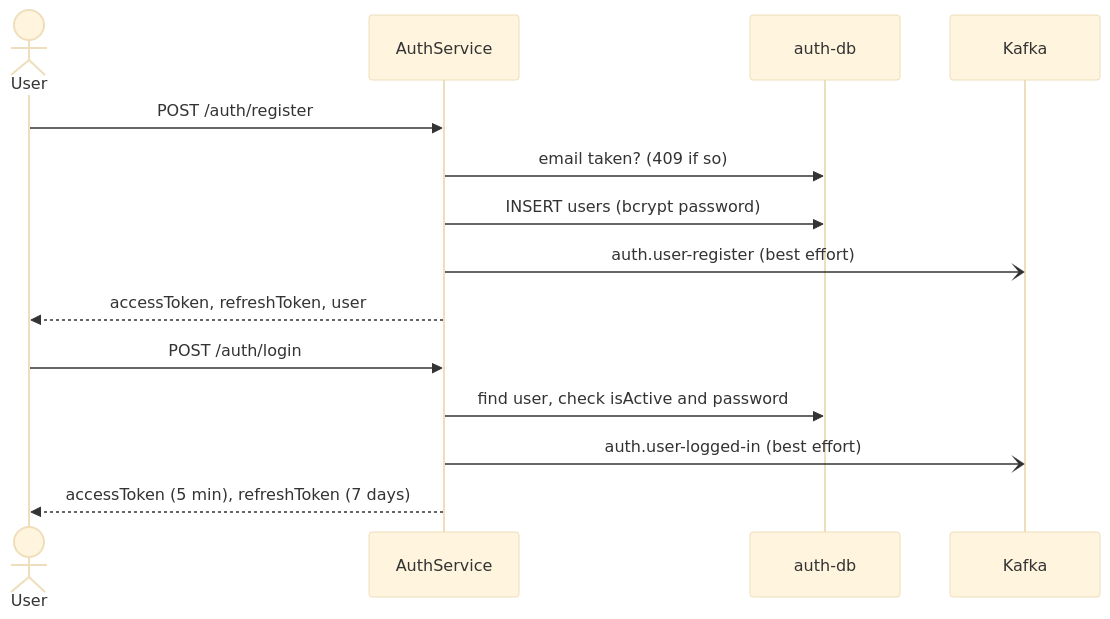
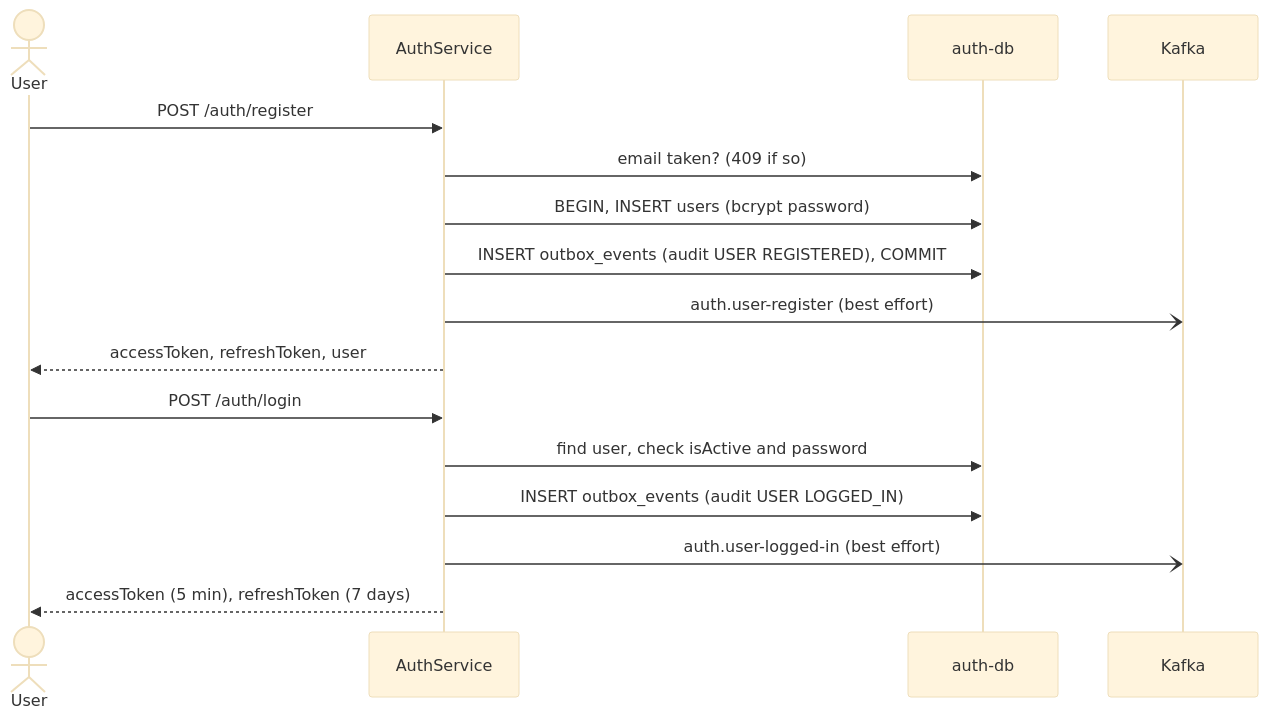
Before and after one commit to Mohammed-Taysser/masr3: the third of 7 diagrams in docs/services/auth-service.md, drawn with Mermaid (base theme). The commit also changed other lines of this file and 114 other files, not shown here.

````diff
--- a/docs/services/auth-service.md
+++ b/docs/services/auth-service.md
@@ -56,16 +69,18 @@
 ```mermaid
 sequenceDiagram
   actor U as User
   participant A as AuthService
   participant DB as auth-db
   participant K as Kafka
   U->>A: POST /auth/register
   A->>DB: email taken? (409 if so)
-  A->>DB: INSERT users (bcrypt password)
+  A->>DB: BEGIN, INSERT users (bcrypt password)
+  A->>DB: INSERT outbox_events (audit USER REGISTERED), COMMIT
   A-)K: auth.user-register (best effort)
   A-->>U: accessToken, refreshToken, user
   U->>A: POST /auth/login
   A->>DB: find user, check isActive and password
+  A->>DB: INSERT outbox_events (audit USER LOGGED_IN)
   A-)K: auth.user-logged-in (best effort)
   A-->>U: accessToken (5 min), refreshToken (7 days)
 ```
````
